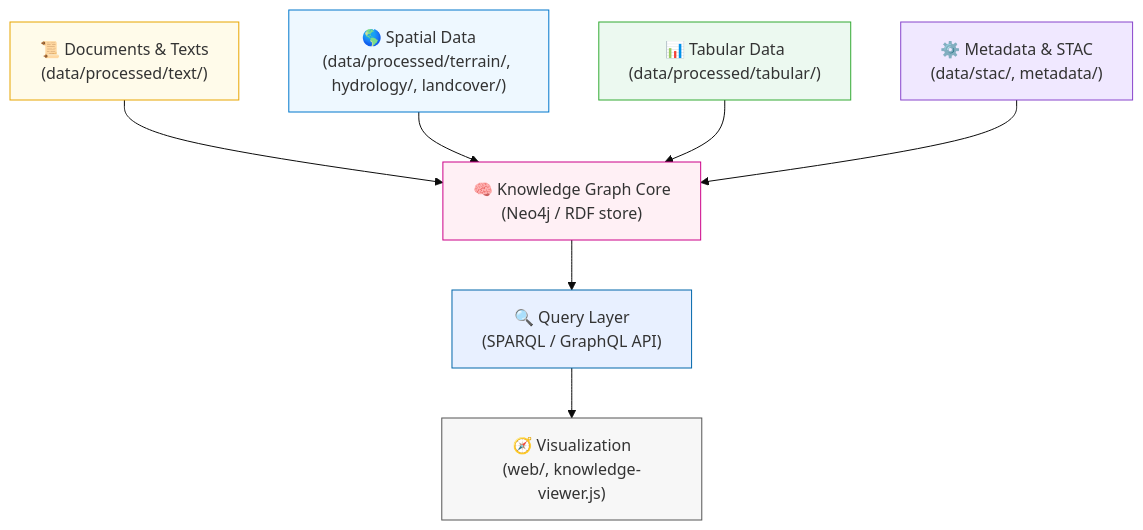
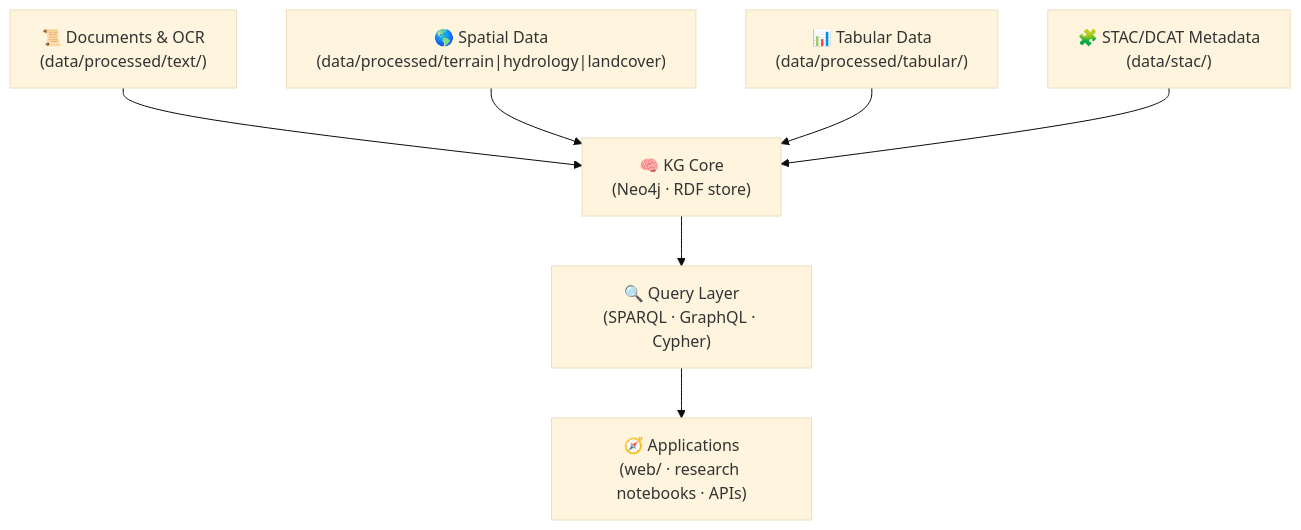
One commit to bartytime4life/Kansas-Frontier-Matrix changed the first of 2 diagrams in docs/architecture/knowledge-graph.md. Above: the diagram before and after it, drawn with Mermaid (base theme). The commit also changed other lines of this file, not shown here.

`````diff
--- a/docs/architecture/knowledge-graph.md
+++ b/docs/architecture/knowledge-graph.md
@@ -37,17 +60,9 @@
 ```mermaid
 graph TD
-  A["📜 Documents & Texts\n(data/processed/text/)"] --> B["🧠 Knowledge Graph Core\n(Neo4j / RDF store)"]
-  C["🌎 Spatial Data\n(data/processed/terrain/, hydrology/, landcover/)"] --> B
+  A["📜 Documents & OCR\n(data/processed/text/)"] --> B["🧠 KG Core\n(Neo4j · RDF store)"]
+  C["🌎 Spatial Data\n(data/processed/terrain|hydrology|landcover)"] --> B
   D["📊 Tabular Data\n(data/processed/tabular/)"] --> B
-  E["⚙️ Metadata & STAC\n(data/stac/, metadata/)"] --> B
-  B --> F["🔍 Query Layer\n(SPARQL / GraphQL API)"]
-  F --> G["🧭 Visualization\n(web/, knowledge-viewer.js)"]
-
-  style A fill:#fffbea,stroke:#e8a500
-  style C fill:#eef8ff,stroke:#0077cc
-  style D fill:#ecf9f0,stroke:#33aa33
-  style E fill:#f0e8ff,stroke:#8844cc
-  style B fill:#fff0f5,stroke:#cc0088
-  style F fill:#e8f0ff,stroke:#0066aa
-  style G fill:#f7f7f7,stroke:#555
-````
+  E["🧩 STAC/DCAT Metadata\n(data/stac/)"] --> B
+  B --> F["🔍 Query Layer\n(SPARQL · GraphQL · Cypher)"]
+  F --> G["🧭 Applications\n(web/ · research notebooks · APIs)"]
+```
`````
